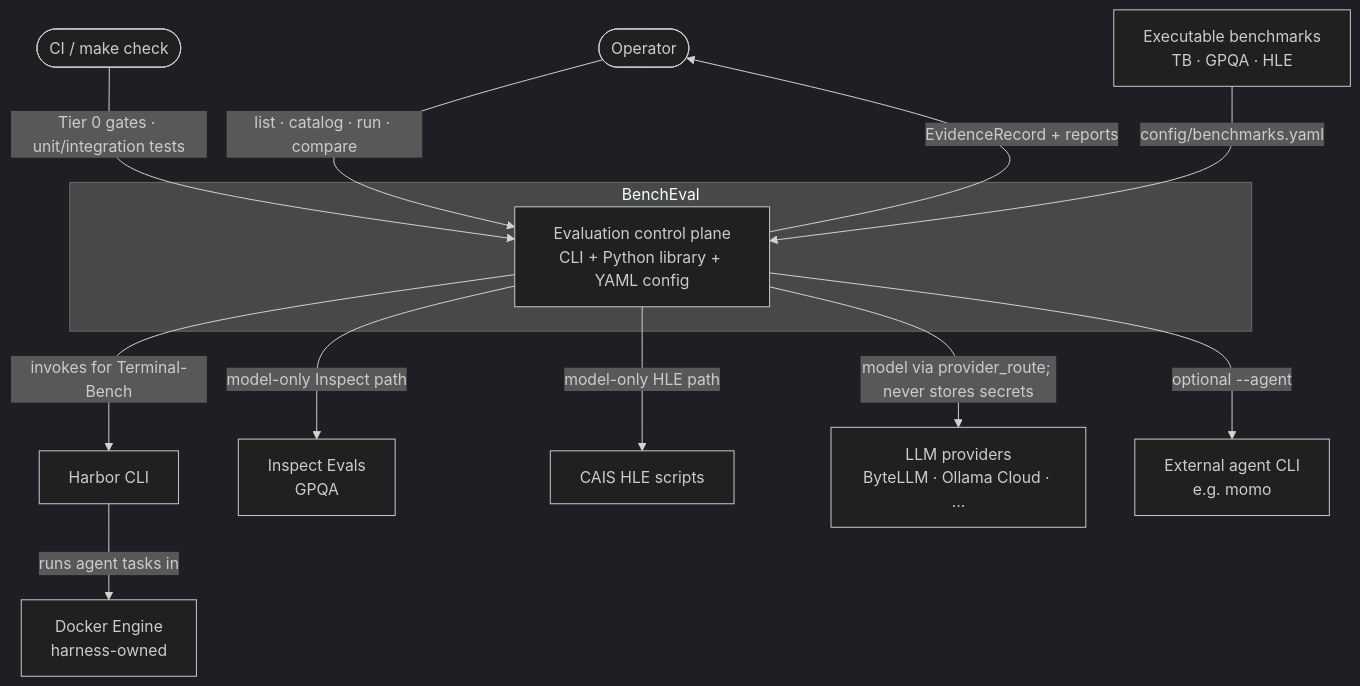
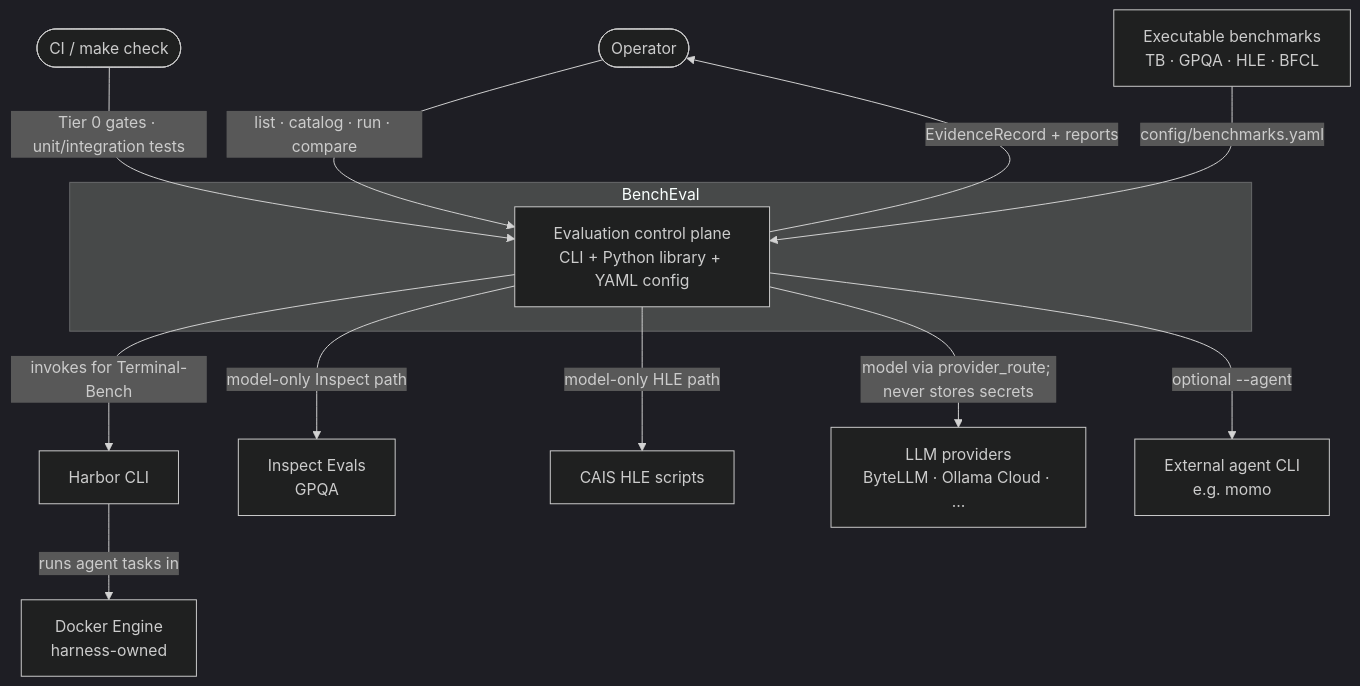
One commit to Lyther/BenchEval changed the diagram in docs/diagrams/context.md. Above: the diagram before and after it, drawn with Mermaid (dark theme). The commit also changed 79 other files, not shown here.

````diff
--- a/docs/diagrams/context.md
+++ b/docs/diagrams/context.md
@@ -5,28 +5,28 @@
 ```mermaid
 flowchart TB
     Op([Operator])
     CI([CI / make check])
 
     subgraph System["BenchEval"]
         BE["Evaluation control plane<br/>CLI + Python library + YAML config"]
     end
 
     Harbor["Harbor CLI"]
     Docker["Docker Engine<br/>harness-owned"]
     Inspect["Inspect Evals<br/>GPQA"]
     HLE["CAIS HLE scripts"]
     Provider["LLM providers<br/>ByteLLM · Ollama Cloud · …"]
     AgentCLI["External agent CLI<br/>e.g. momo"]
-    Catalog["Executable benchmarks<br/>TB · GPQA · HLE"]
+    Catalog["Executable benchmarks<br/>TB · GPQA · HLE · BFCL"]
 
     Op -->|list · catalog · run · compare| BE
     CI -->|Tier 0 gates · unit/integration tests| BE
     BE -->|invokes for Terminal-Bench| Harbor
     Harbor -->|runs agent tasks in| Docker
     BE -->|model-only Inspect path| Inspect
     BE -->|model-only HLE path| HLE
     BE -->|model via provider_route; never stores secrets| Provider
     BE -->|optional --agent| AgentCLI
     Catalog -->|config/benchmarks.yaml| BE
     BE -->|EvidenceRecord + reports| Op
 ```
````
